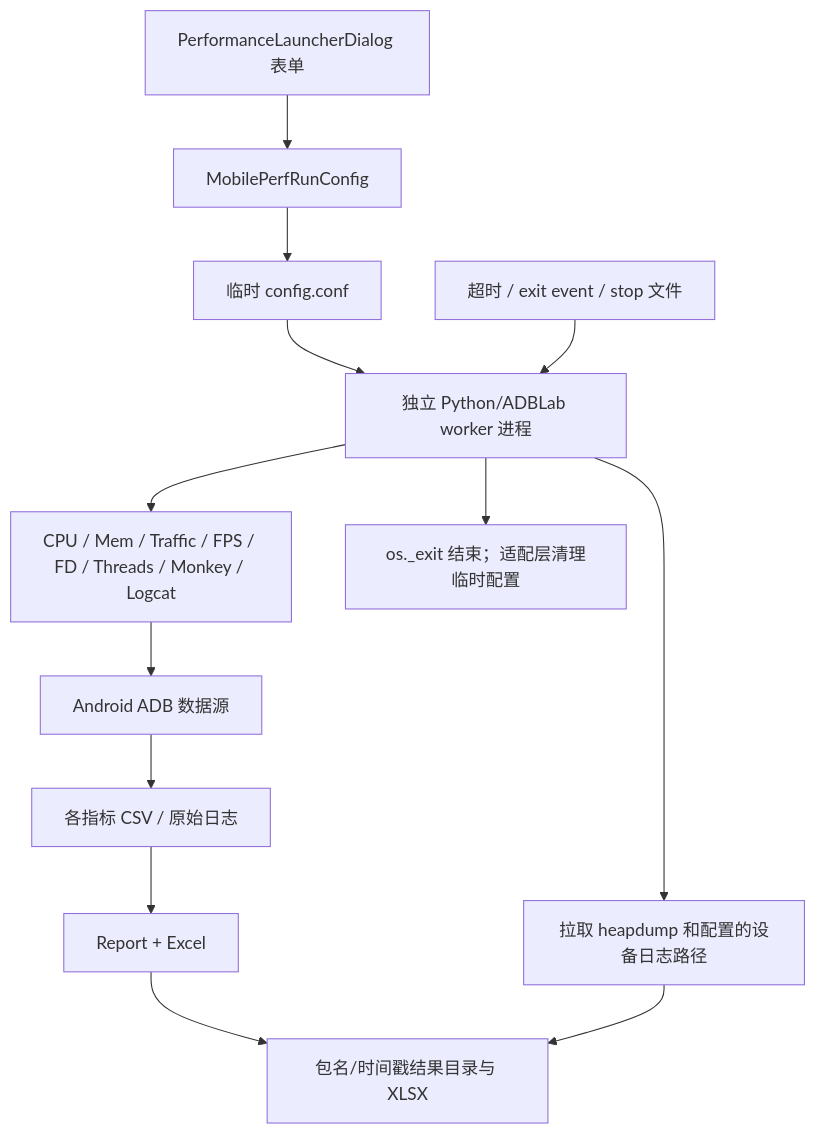
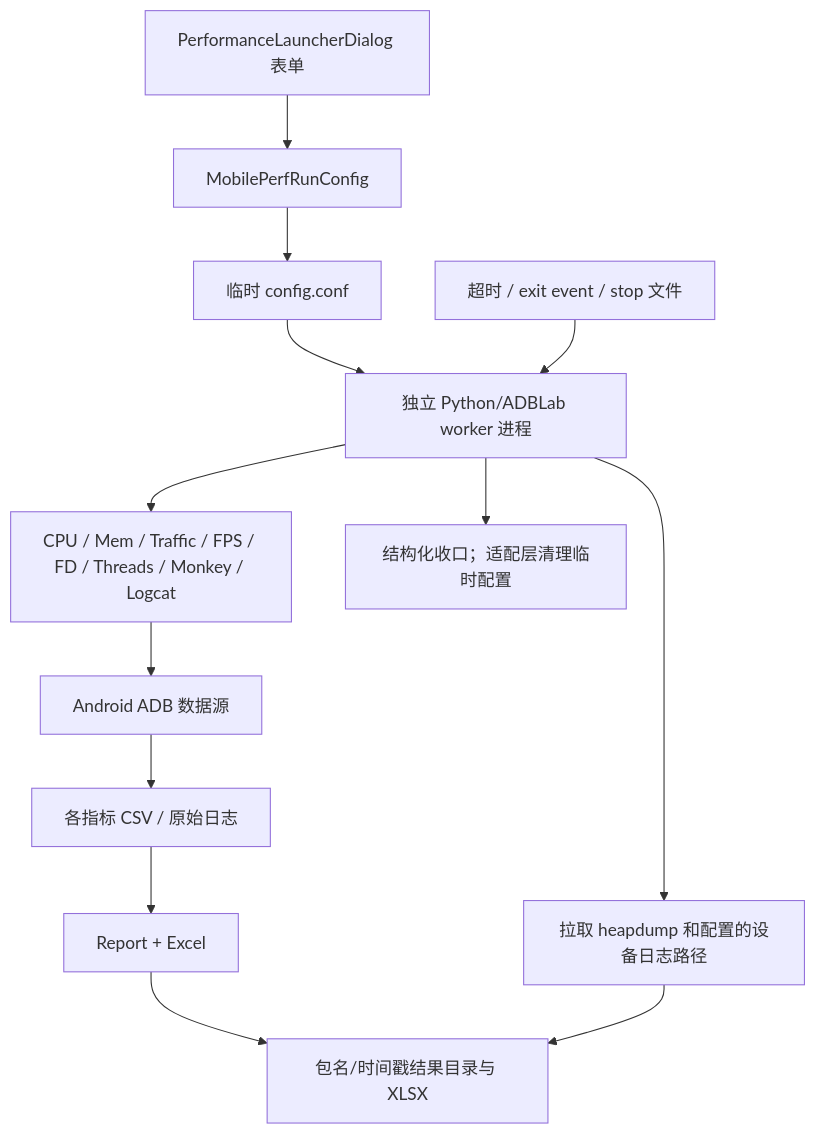
Before and after one commit to BlackHu-art/ADBLab: the seventh of 7 diagrams in docs/project-knowledge/DATA_FLOW.md, drawn with Mermaid. The commit also changed 21 other files, not shown here.

````diff
--- a/docs/project-knowledge/DATA_FLOW.md
+++ b/docs/project-knowledge/DATA_FLOW.md
@@ -269,15 +269,15 @@
 ```mermaid
 flowchart TD
     Form["PerformanceLauncherDialog 表单"] --> Config["MobilePerfRunConfig"]
     Config --> Temp["临时 config.conf"]
     Temp --> Worker["独立 Python/ADBLab worker 进程"]
     Worker --> Monitors["CPU / Mem / Traffic / FPS / FD / Threads / Monkey / Logcat"]
     Monitors --> Device["Android ADB 数据源"]
     Device --> CSV["各指标 CSV / 原始日志"]
     CSV --> Report["Report + Excel"]
     Report --> Result["包名/时间戳结果目录与 XLSX"]
     Stop["超时 / exit event / stop 文件"] --> Worker
     Worker --> Pull["拉取 heapdump 和配置的设备日志路径"]
     Pull --> Result
-    Worker --> Cleanup["os._exit 结束；适配层清理临时配置"]
+    Worker --> Cleanup["结构化收口；适配层清理临时配置"]
 ```
````
